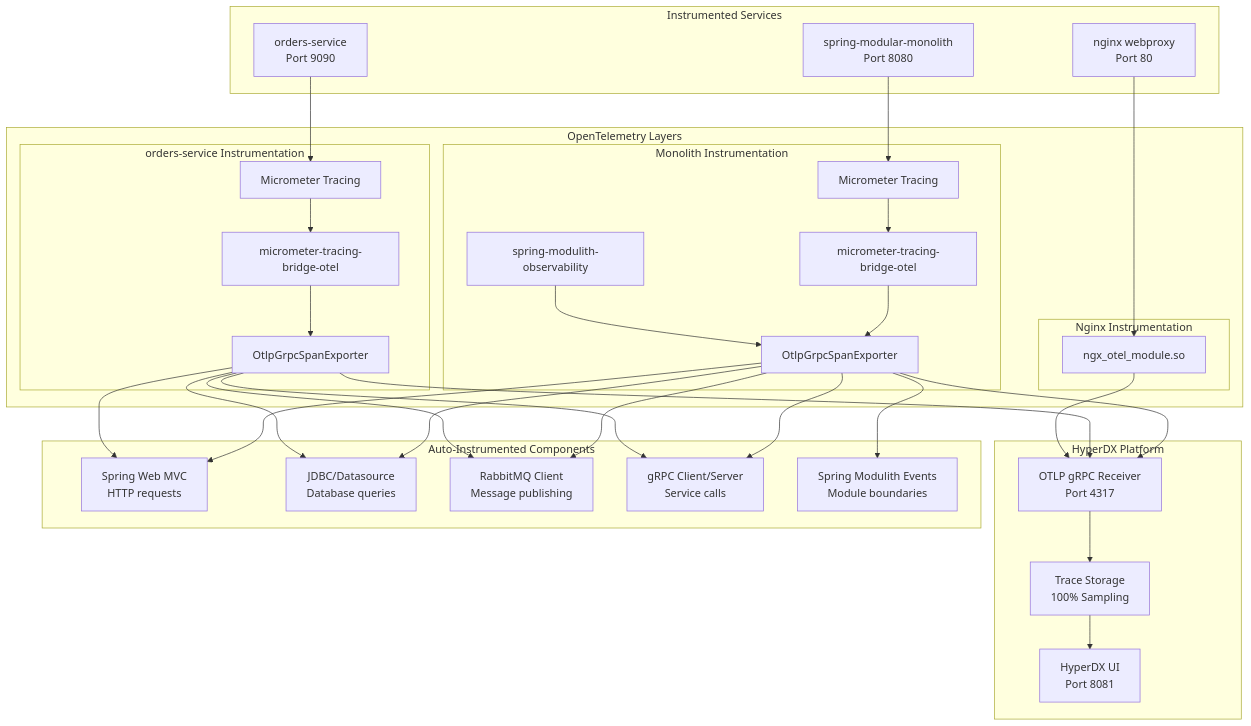
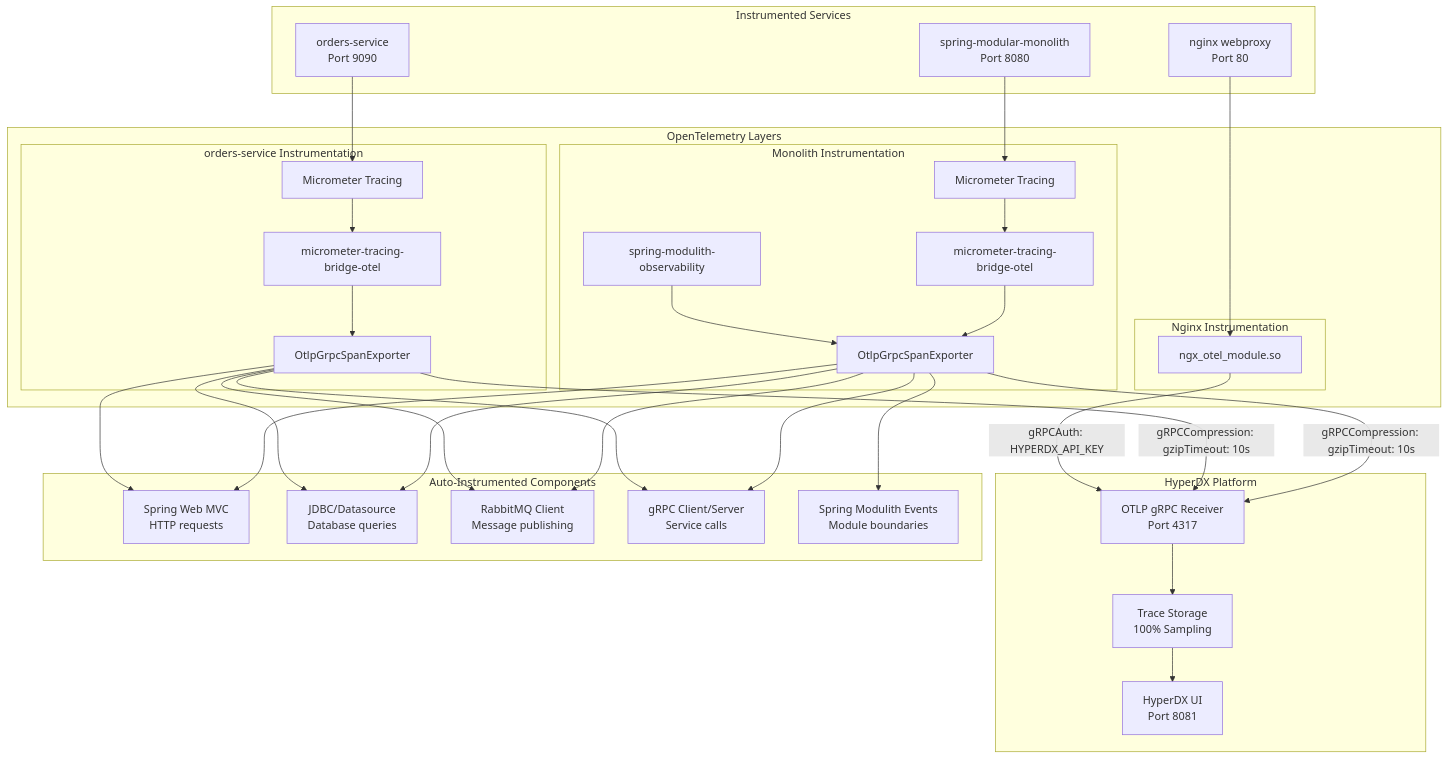
The first of 6 diagrams in docs/deepwiki/Distributed-Tracing-with-HyperDX.md (philipz/spring-modular-monolith), drawn with Mermaid before and after one commit. The commit also changed other lines of this file and 55 other files, not shown here.

```diff
--- a/docs/deepwiki/Distributed-Tracing-with-HyperDX.md
+++ b/docs/deepwiki/Distributed-Tracing-with-HyperDX.md
@@ -77,9 +77,9 @@
 OtlpExporterOrders --> JDBC
 OtlpExporterOrders --> RabbitMQ
 OtlpExporterOrders --> gRPC
-OtlpExporterMono --> OTLPReceiver
-OtlpExporterOrders --> OTLPReceiver
-NginxOtelModule --> OTLPReceiver
+OtlpExporterMono -->|"gRPCCompression: gzipTimeout: 10s"| OTLPReceiver
+OtlpExporterOrders -->|"gRPCCompression: gzipTimeout: 10s"| OTLPReceiver
+NginxOtelModule -->|"gRPCAuth: HYPERDX_API_KEY"| OTLPReceiver
 
 subgraph subGraph6 ["HyperDX Platform"]
     OTLPReceiver
```
